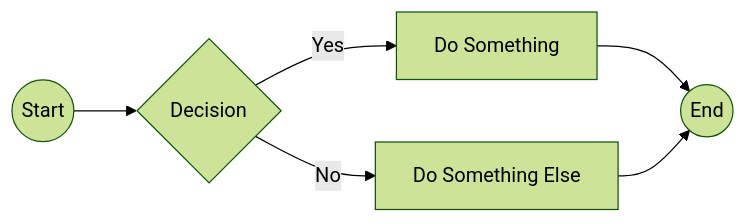
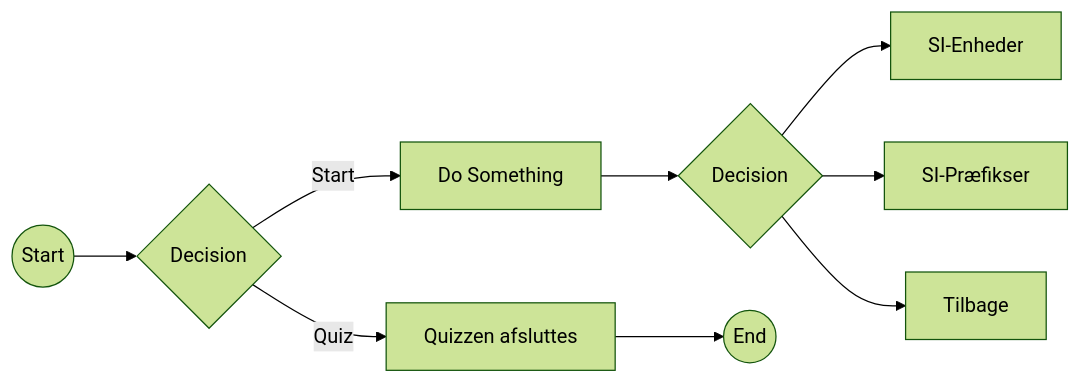
One commit to mjdvisualz/fysik-quiz-app changed the diagram in README.md. Above: the diagram before and after it, drawn with Mermaid (forest theme).

````diff
--- a/README.md
+++ b/README.md
@@ -16,8 +16,12 @@
 ```mermaid
 graph LR
     A((Start)) --> B{Decision}
-    B -->|Yes| C[Do Something]
-    B -->|No| D[Do Something Else]
-    C --> E((End))
-    D --> E
+    B -->|Start| C[Do Something]
+    B -->|Quiz| D[Quizzen afsluttes]
+    C --> E{Decision}
+    D --> F((End))
+    E --> G[SI-Enheder]
+    E --> H[SI-Præfikser]
+    E --> I[Tilbage]
+
 ```
````
